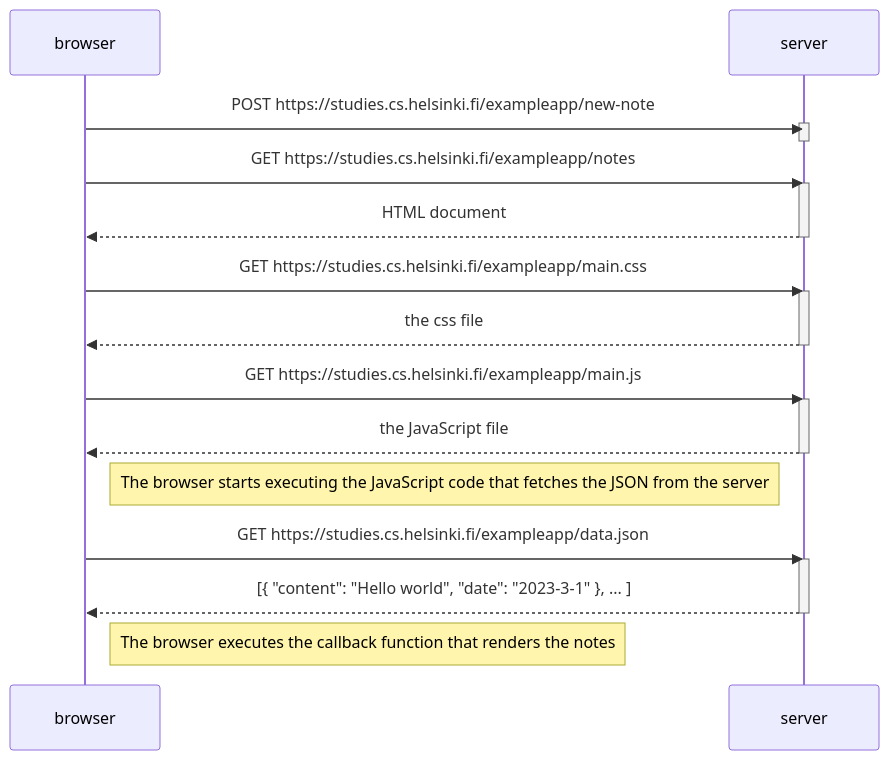
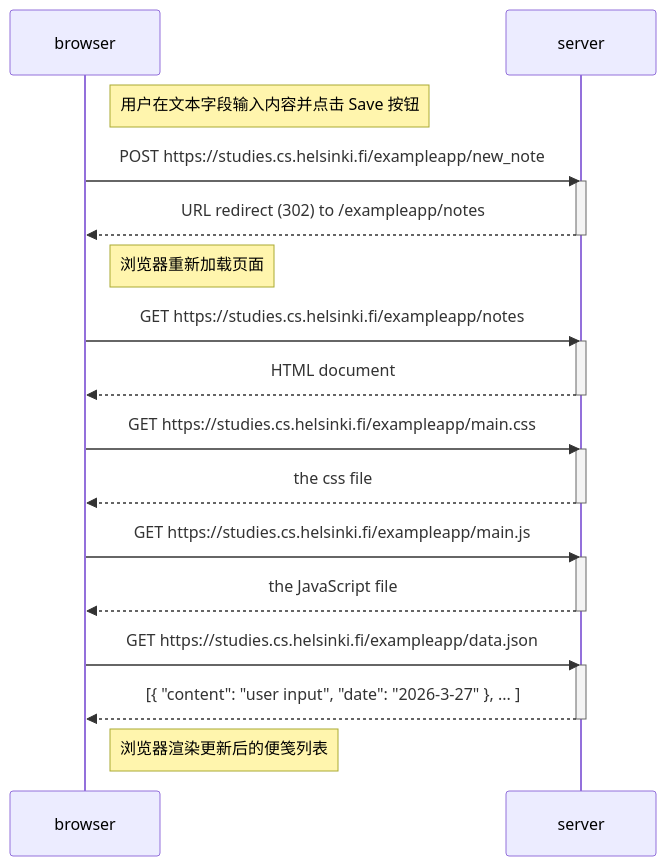
Before and after one commit to fanshuyuebing/full_stack_open: the diagram in part0/0.4/index.md, drawn with Mermaid. The commit also changed 2 other files, not shown here.

````diff
--- a/part0/0.4/index.md
+++ b/part0/0.4/index.md
@@ -1,33 +1,36 @@
 ```mermaid
 sequenceDiagram
-participant browser
-participant server
+    participant browser
+    participant server
 
-browser->>server: POST https://studies.cs.helsinki.fi/exampleapp/new-note
-activate server
-deactivate server
+    Note right of browser: 用户在文本字段输入内容并点击 Save 按钮
 
-browser->>server: GET https://studies.cs.helsinki.fi/exampleapp/notes
-activate server
-server-->>browser: HTML document
-deactivate server
+    browser->>server: POST https://studies.cs.helsinki.fi/exampleapp/new_note
+    activate server
+    server-->>browser: URL redirect (302) to /exampleapp/notes
+    deactivate server
 
-browser->>server: GET https://studies.cs.helsinki.fi/exampleapp/main.css
-activate server
-server-->>browser: the css file
-deactivate server
+    Note right of browser: 浏览器重新加载页面
 
-browser->>server: GET https://studies.cs.helsinki.fi/exampleapp/main.js
-activate server
-server-->>browser: the JavaScript file
-deactivate server
+    browser->>server: GET https://studies.cs.helsinki.fi/exampleapp/notes
+    activate server
+    server-->>browser: HTML document
+    deactivate server
 
-Note right of browser: The browser starts executing the JavaScript code that fetches the JSON from the server
+    browser->>server: GET https://studies.cs.helsinki.fi/exampleapp/main.css
+    activate server
+    server-->>browser: the css file
+    deactivate server
 
-browser->>server: GET https://studies.cs.helsinki.fi/exampleapp/data.json
-activate server
-server-->>browser: [{ "content": "Hello world", "date": "2023-3-1" }, ... ]
-deactivate server
+    browser->>server: GET https://studies.cs.helsinki.fi/exampleapp/main.js
+    activate server
+    server-->>browser: the JavaScript file
+    deactivate server
 
-Note right of browser: The browser executes the callback function that renders the notes
+    browser->>server: GET https://studies.cs.helsinki.fi/exampleapp/data.json
+    activate server
+    server-->>browser: [{ "content": "user input", "date": "2026-3-27" }, ... ]
+    deactivate server
+
+    Note right of browser: 浏览器渲染更新后的便笺列表
 ```
````
